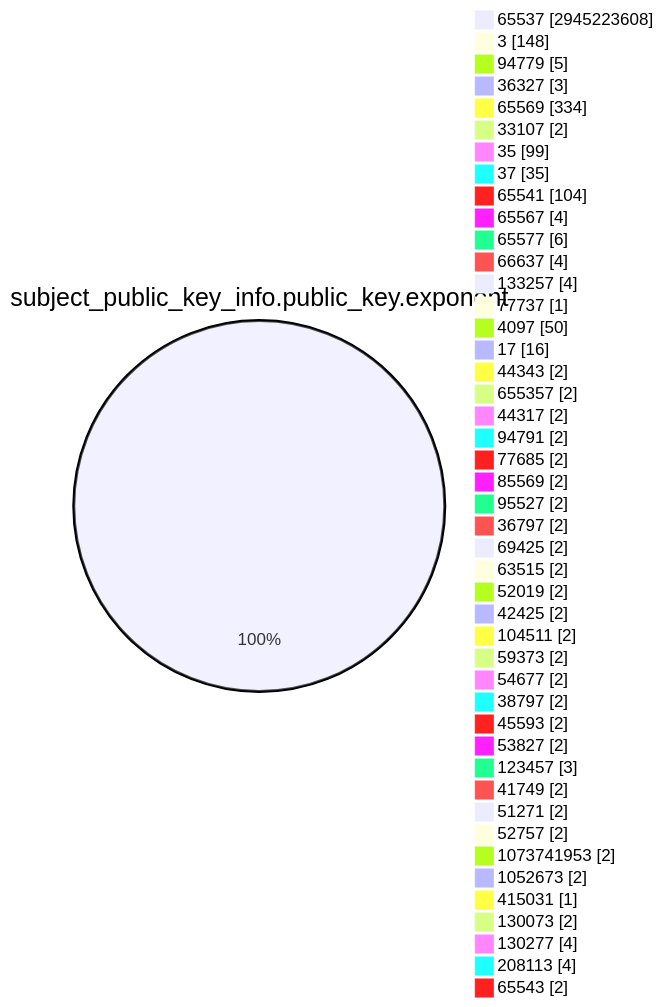
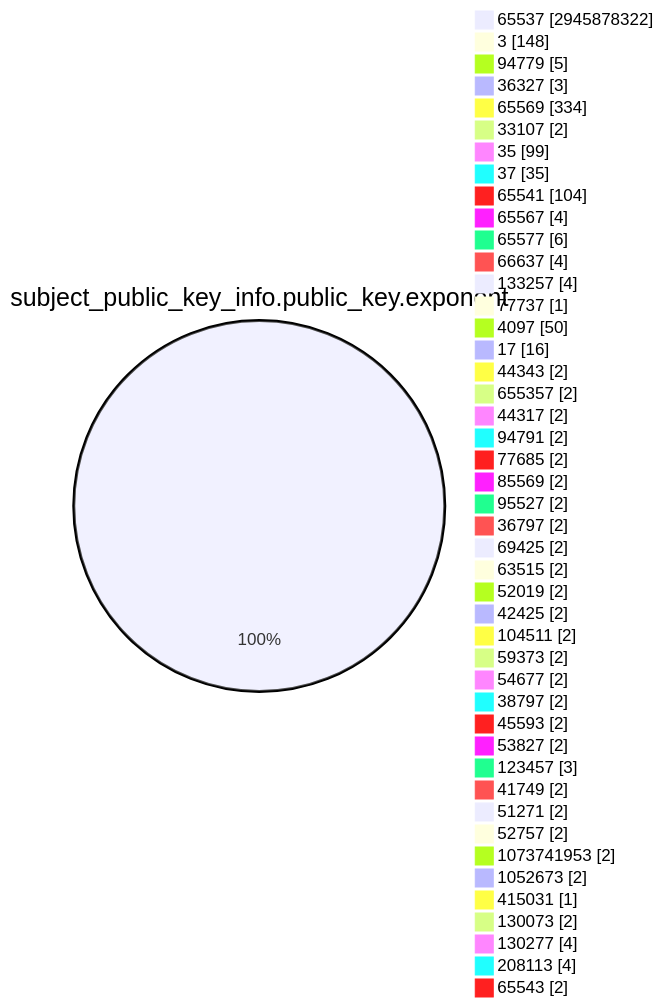
One commit to christiankrug/ctmonitor_visualization changed the fourth of 15 diagrams in TOTAL/README.md. Above: the diagram before and after it, drawn with Mermaid. The commit also changed other lines of this file, not shown here.

````diff
--- a/TOTAL/README.md
+++ b/TOTAL/README.md
@@ -1471,49 +1471,49 @@
 ```mermaid
 pie showData
 title subject_public_key_info.public_key.exponent
-"65537" :2945223608
+"65537" :2945878322
 "3" :148
 "94779" :5
 "36327" :3
 "65569" :334
 "33107" :2
 "35" :99
 "37" :35
 "65541" :104
 "65567" :4
 "65577" :6
 "66637" :4
 "133257" :4
 "77737" :1
 "4097" :50
 "17" :16
 "44343" :2
 "655357" :2
 "44317" :2
 "94791" :2
 "77685" :2
 "85569" :2
 "95527" :2
 "36797" :2
 "69425" :2
 "63515" :2
 "52019" :2
 "42425" :2
 "104511" :2
 "59373" :2
 "54677" :2
 "38797" :2
 "45593" :2
 "53827" :2
 "123457" :3
 "41749" :2
 "51271" :2
 "52757" :2
 "1073741953" :2
 "1052673" :2
 "415031" :1
 "130073" :2
 "130277" :4
 "208113" :4
 "65543" :2
 ```
````
